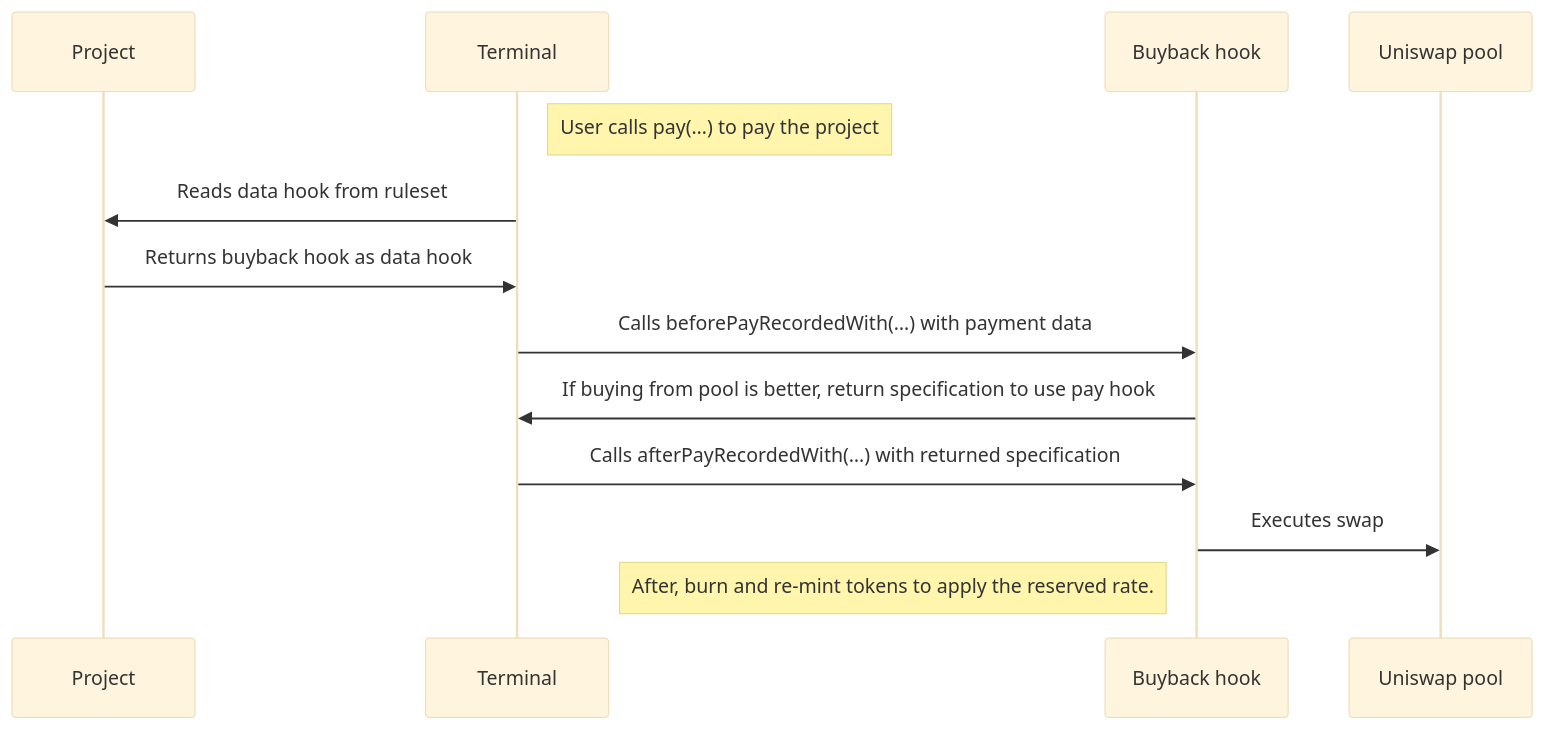
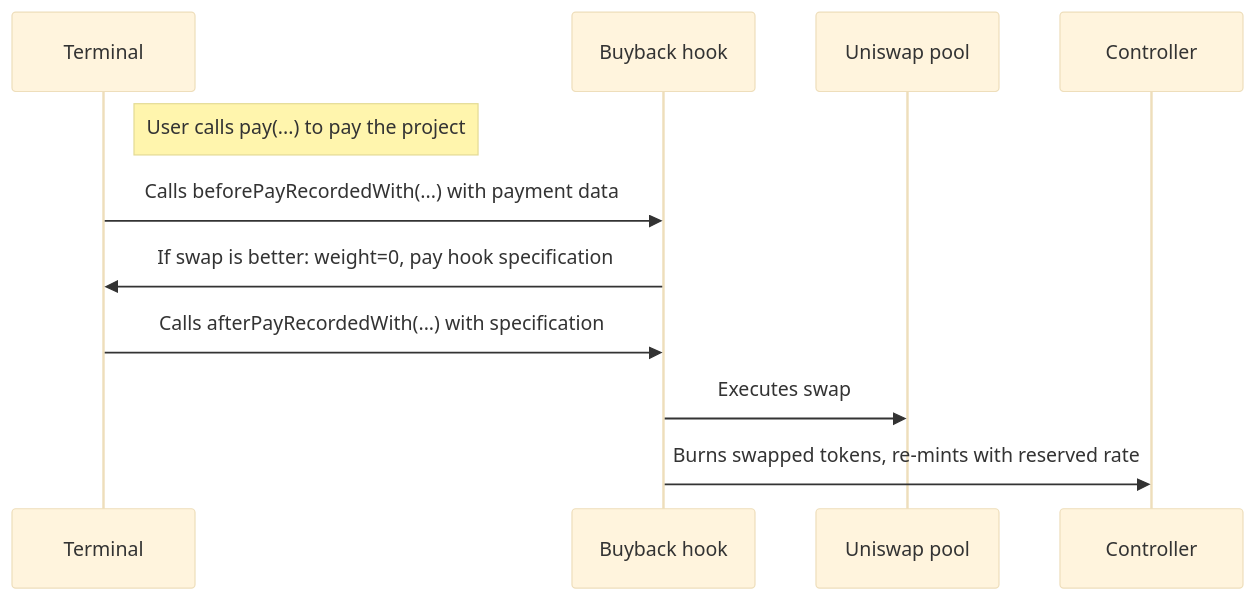
Before and after one commit to Bananapus/nana-buyback-hook-v5: the diagram in README.md, drawn with Mermaid (base theme). The commit also changed other lines of this file and 1 other file, not shown here.

````diff
--- a/README.md
+++ b/README.md
@@ -201,15 +17,13 @@
 ```mermaid
 sequenceDiagram
-    participant Project
     participant Terminal
     participant Buyback hook
     participant Uniswap pool
-    Note right of Terminal: User calls pay(…) to pay the project
-    Terminal->>Project: Reads data hook from ruleset
-    Project->>Terminal: Returns buyback hook as data hook
-    Terminal->>Buyback hook: Calls beforePayRecordedWith(…) with payment data
-    Buyback hook->>Terminal: If buying from pool is better, return specification to use pay hook
-    Terminal->>Buyback hook: Calls afterPayRecordedWith(…) with returned specification
+    participant Controller
+    Note right of Terminal: User calls pay(...) to pay the project
+    Terminal->>Buyback hook: Calls beforePayRecordedWith(...) with payment data
+    Buyback hook->>Terminal: If swap is better: weight=0, pay hook specification
+    Terminal->>Buyback hook: Calls afterPayRecordedWith(...) with specification
     Buyback hook->>Uniswap pool: Executes swap
-    Note left of Buyback hook: After, burn and re-mint tokens to apply the reserved rate.
+    Buyback hook->>Controller: Burns swapped tokens, re-mints with reserved rate
 ```
````
